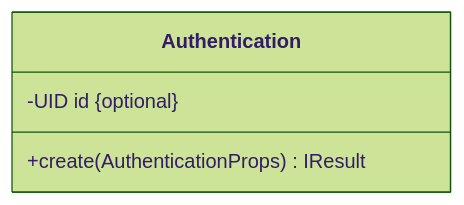
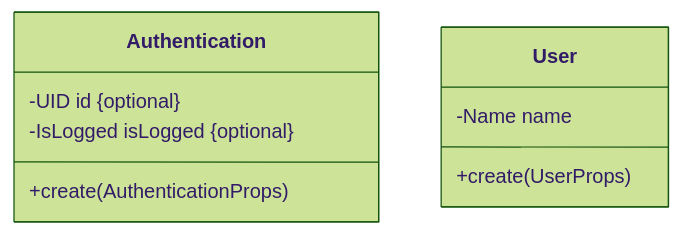
One commit to tamon-persol/simple-idea-to-development-template changed the diagram in packages/model/uml/ReadMe.md. Above: the diagram before and after it, drawn with Mermaid (forest theme). The commit also changed other lines of this file and 21 other files, not shown here.

````diff
--- a/packages/model/uml/ReadMe.md
+++ b/packages/model/uml/ReadMe.md
@@ -12,7 +13,12 @@
 ```mermaid
 classDiagram
 class Authentication
    Authentication : -UID id {optional}
-   Authentication : +create(AuthenticationProps) IResult<Authentication>
+   Authentication : -IsLogged isLogged {optional}
+   Authentication : +create(AuthenticationProps) 
+   
+class User
+    User: -Name name
+    User: +create(UserProps)
 
 ```
````
